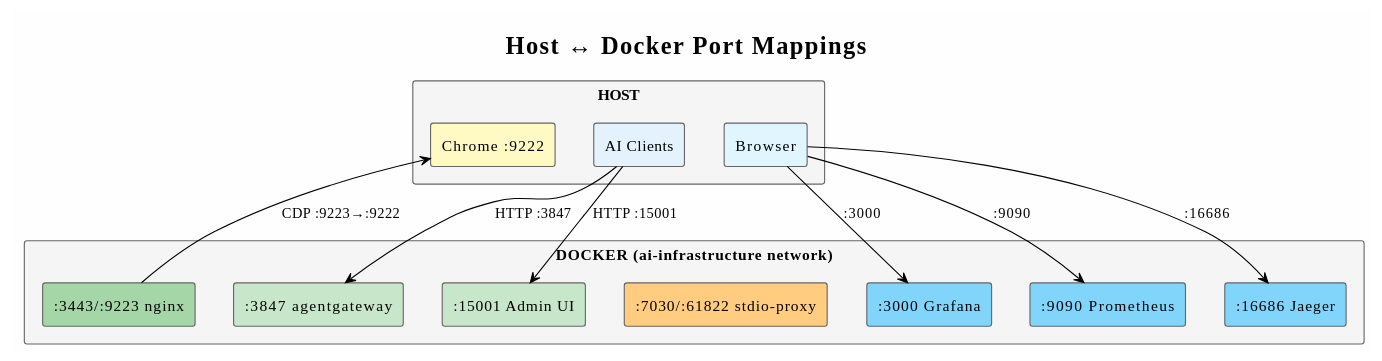
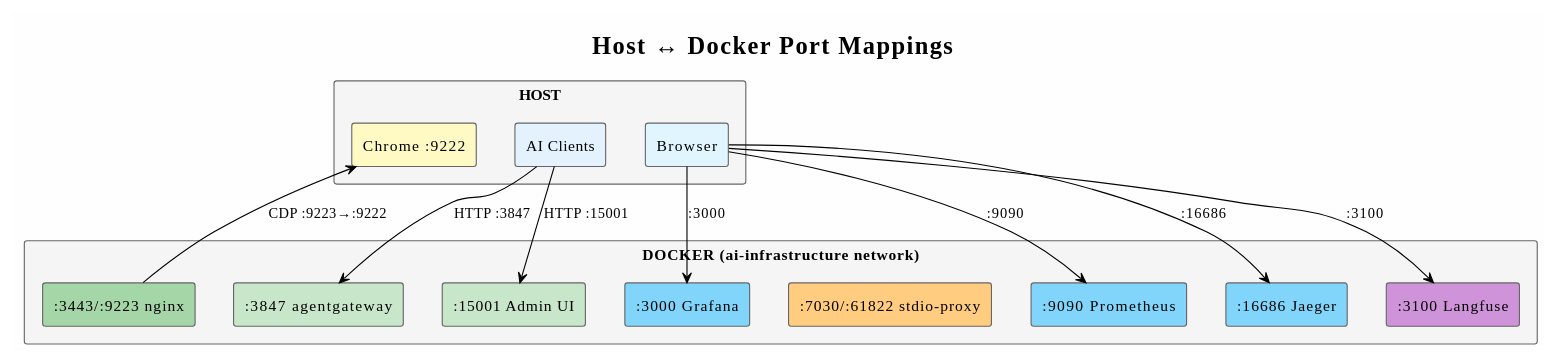
Before and after one commit to bobthearsonist/ai-infrastructure: the second of 2 diagrams in README.md, drawn with PlantUML. The commit also changed other lines of this file and 18 other files, not shown here.

````diff
--- a/README.md
+++ b/README.md
@@ -125,35 +130,37 @@
 ```plantuml
 @startuml network-ports
 !theme plain
 skinparam backgroundColor #FEFEFE
 skinparam defaultFontName Consolas
 skinparam rectangleBorderColor #666666
 skinparam rectangleBackgroundColor #F5F5F5
 
 title Host ↔ Docker Port Mappings
 
 rectangle "HOST" as host {
   rectangle "AI Clients" as clients #E3F2FD
   rectangle "Chrome :9222" as chrome #FFF9C4
   rectangle "Browser" as browser #E1F5FE
 }
 
 rectangle "DOCKER (ai-infrastructure network)" as docker {
   rectangle ":3847 agentgateway" as gw #C8E6C9
   rectangle ":15001 Admin UI" as admin #C8E6C9
   rectangle ":3443/:9223 nginx" as nginx #A5D6A7
   rectangle ":7030/:61822 stdio-proxy" as stdio #FFCC80
   rectangle ":3000 Grafana" as grafana #81D4FA
   rectangle ":9090 Prometheus" as prom #81D4FA
   rectangle ":16686 Jaeger" as jaeger #81D4FA
+  rectangle ":3100 Langfuse" as langfuse #CE93D8
 }
 
 clients -down-> gw : "HTTP :3847"
 clients -down-> admin : "HTTP :15001"
 browser -down-> grafana : ":3000"
 browser -down-> prom : ":9090"
 browser -down-> jaeger : ":16686"
+browser -down-> langfuse : ":3100"
 nginx -up-> chrome : "CDP :9223→:9222"
 
 @enduml
 ```
````
